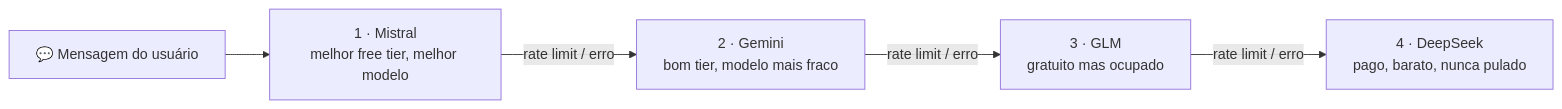
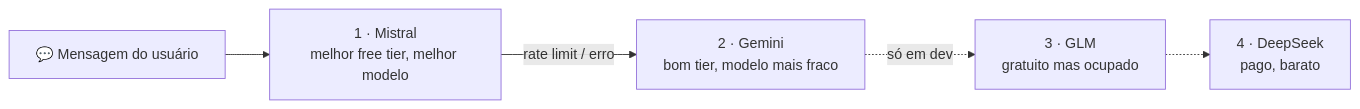
Before and after one commit to AndDev741/Beyou-arch-design: the diagram in blog/ai-agent-free-tier-cascade/pt.md, drawn with Mermaid. The commit also changed other lines of this file and 9 other files, not shown here.

````diff
--- a/blog/ai-agent-free-tier-cascade/pt.md
+++ b/blog/ai-agent-free-tier-cascade/pt.md
@@ -24,7 +24,7 @@
 ```mermaid
 flowchart LR
   U["💬 Mensagem do usuário"] --> M["1 · Mistral<br/>melhor free tier, melhor modelo"]
   M -->|"rate limit / erro"| G["2 · Gemini<br/>bom tier, modelo mais fraco"]
-  G -->|"rate limit / erro"| Z["3 · GLM<br/>gratuito mas ocupado"]
-  Z -->|"rate limit / erro"| D["4 · DeepSeek<br/>pago, barato, nunca pulado"]
+  G -.->|"só em dev"| Z["3 · GLM<br/>gratuito mas ocupado"]
+  Z -.-> D["4 · DeepSeek<br/>pago, barato"]
 ```
````
